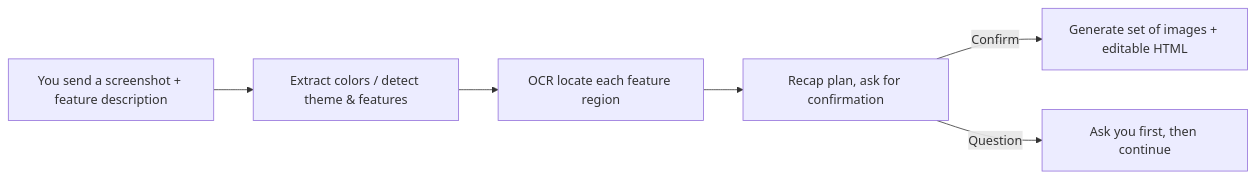
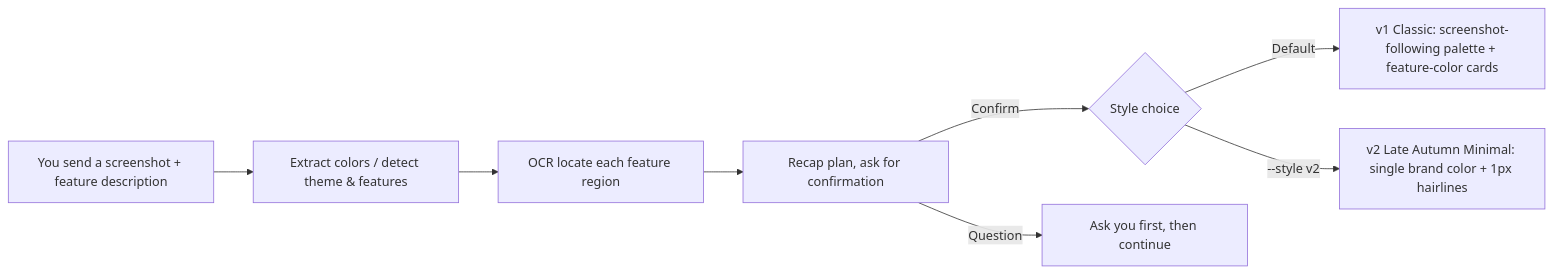
One commit to Wanqiu12345/screenshot-infographic-skill changed the first of 2 diagrams in README_EN.md. Above: the diagram before and after it, drawn with Mermaid. The commit also changed other lines of this file, not shown here.

````diff
--- a/README_EN.md
+++ b/README_EN.md
@@ -288,8 +296,10 @@
 ```mermaid
 flowchart LR
     A[You send a screenshot + feature description] --> B[Extract colors / detect theme & features]
     B --> C[OCR locate each feature region]
     C --> D[Recap plan, ask for confirmation]
-    D -->|Confirm| E[Generate set of images + editable HTML]
+    D -->|Confirm| S{Style choice}
+    S -->|Default| E1[v1 Classic: screenshot-following palette + feature-color cards]
+    S -->|--style v2| E2[v2 Late Autumn Minimal: single brand color + 1px hairlines]
     D -->|Question| F[Ask you first, then continue]
 ```
````
